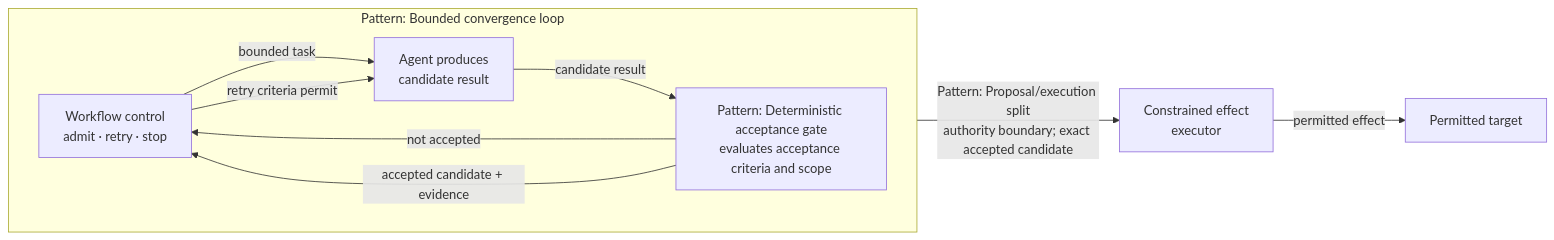
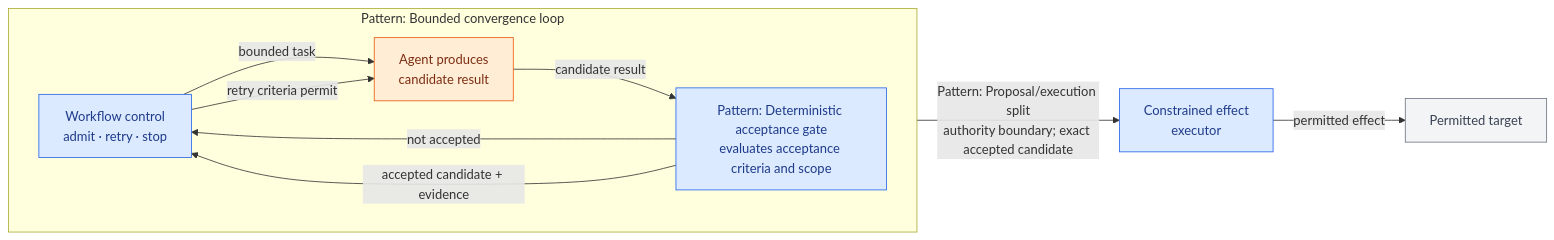
The second of 3 diagrams in workstreams/reference-architectures/architectures/bounded-autonomous-remediation.md (mzagar/wg-workflows-and-process-integration), drawn with Mermaid before and after one commit. The commit also changed other lines of this file and 2 other files, not shown here.

First line of the commit message:
Add colored workflow diagrams

````diff
--- a/workstreams/reference-architectures/architectures/bounded-autonomous-remediation.md
+++ b/workstreams/reference-architectures/architectures/bounded-autonomous-remediation.md
@@ -100,21 +109,28 @@
 ```mermaid
 flowchart LR
     subgraph L["Pattern: Bounded convergence loop"]
         direction LR
         C["Workflow control<br/>admit · retry · stop"]
         A["Agent produces<br/>candidate result"]
         G["Pattern: Deterministic acceptance gate<br/>evaluates acceptance criteria and scope"]
 
         C -->|"bounded task"| A
         A -->|"candidate result"| G
         G -->|"not accepted"| C
         C -->|"retry criteria permit"| A
         G -->|"accepted candidate + evidence"| C
     end
 
     X["Constrained effect<br/>executor"]
     T["Permitted target"]
 
     C -->|"Pattern: Proposal/execution split<br/>authority boundary; exact accepted candidate"| X
     X -->|"permitted effect"| T
+
+    class C,G,X workflow
+    class A agent
+    class T external
+    classDef workflow fill:#dbeafe,stroke:#2563eb,color:#1e3a8a
+    classDef agent fill:#ffedd5,stroke:#ea580c,color:#7c2d12
+    classDef external fill:#f3f4f6,stroke:#6b7280,color:#374151
 ```
````
